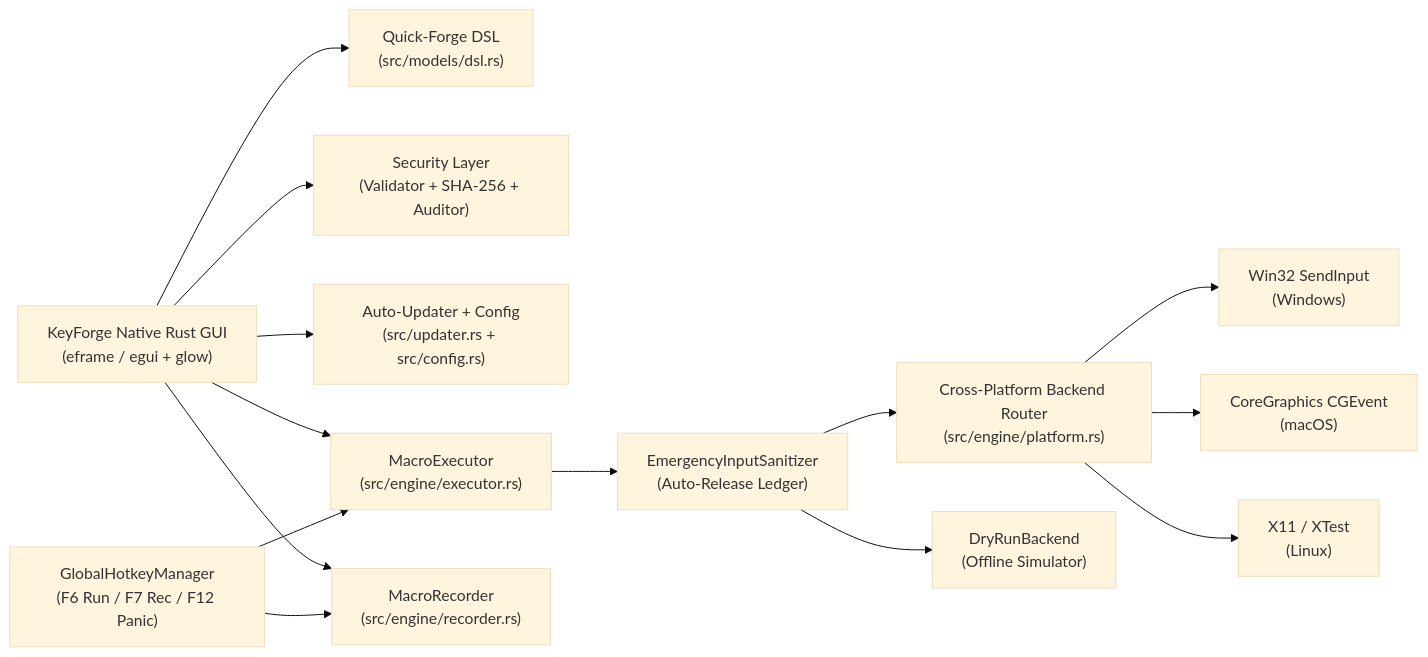
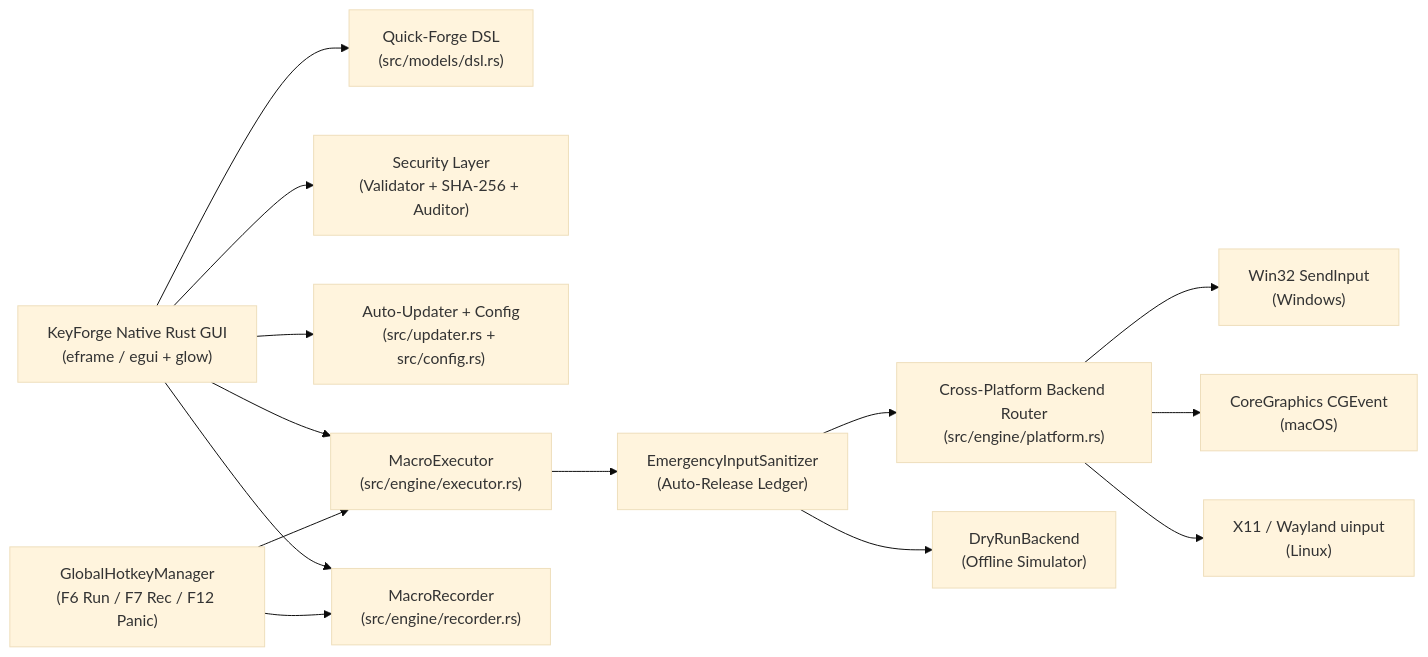
Before and after one commit to efeartn/KeyForge: the diagram in README.md, drawn with Mermaid (base theme). The commit also changed other lines of this file and 19 other files, not shown here.

Commit message:
Release KeyForge v2.1.0 Waystone: minimalist icon, Wayland uinput/evdev, UI polish & Node 24 CI

````diff
--- a/README.md
+++ b/README.md
@@ -238,16 +257,16 @@
 ```mermaid
 flowchart LR
     UI["KeyForge Native Rust GUI<br/>(eframe / egui + glow)"] --> DSL["Quick-Forge DSL<br/>(src/models/dsl.rs)"]
     UI --> SEC["Security Layer<br/>(Validator + SHA-256 + Auditor)"]
     UI --> UPD["Auto-Updater + Config<br/>(src/updater.rs + src/config.rs)"]
     UI --> EXEC["MacroExecutor<br/>(src/engine/executor.rs)"]
     UI --> REC["MacroRecorder<br/>(src/engine/recorder.rs)"]
     HK["GlobalHotkeyManager<br/>(F6 Run / F7 Rec / F12 Panic)"] --> EXEC
     HK --> REC
     EXEC --> SAN["EmergencyInputSanitizer<br/>(Auto-Release Ledger)"]
     SAN --> PLAT["Cross-Platform Backend Router<br/>(src/engine/platform.rs)"]
     PLAT --> WIN32["Win32 SendInput<br/>(Windows)"]
     PLAT --> MAC["CoreGraphics CGEvent<br/>(macOS)"]
-    PLAT --> X11["X11 / XTest<br/>(Linux)"]
+    PLAT --> X11["X11 / Wayland uinput<br/>(Linux)"]
     SAN --> DRY["DryRunBackend<br/>(Offline Simulator)"]
 ```
````
